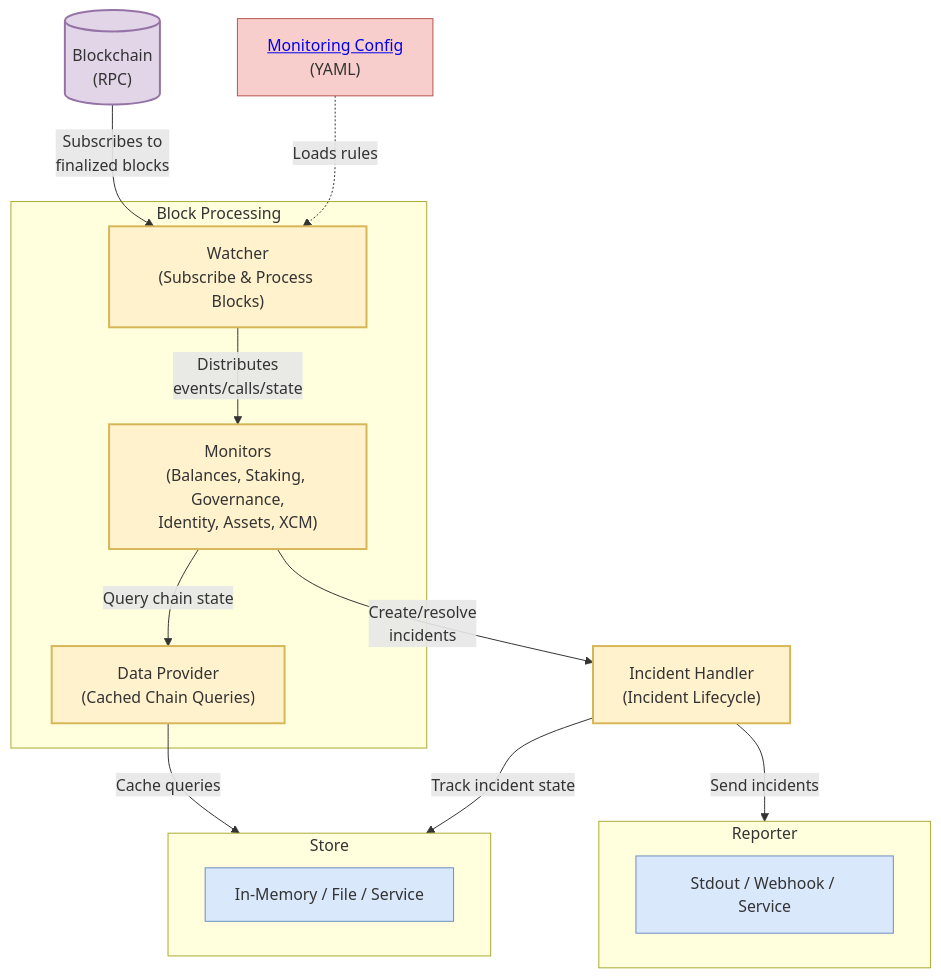
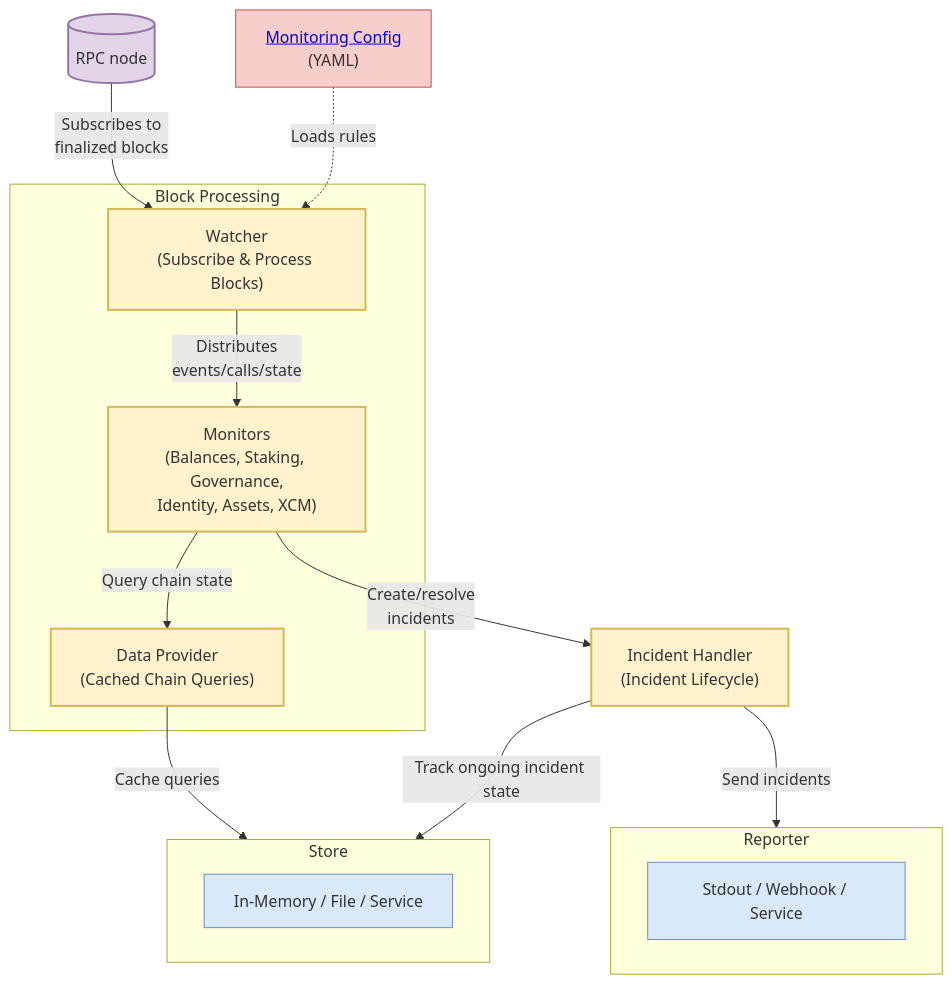
One commit to w3f/polguard changed the diagram in packages/chain/README.md. Above: the diagram before and after it, drawn with Mermaid. The commit also changed other lines of this file and 19 other files, not shown here.

````diff
--- a/packages/chain/README.md
+++ b/packages/chain/README.md
@@ -16,41 +16,41 @@
 ```mermaid
 graph TB
     %% External
-    Blockchain[("Blockchain<br>(RPC)")]:::blockchain
+    Blockchain[("RPC node")]:::blockchain
     Config["<a href='https://github.com/w3f/monitoring-platform/blob/master/packages/config/CONFIG_GUIDE.md'>Monitoring Config</a><br>(YAML)"]:::config
     
     %% Core Processing
     subgraph Processing ["Block Processing"]
         Watcher["Watcher<br>(Subscribe & Process Blocks)"]:::component
         DataProvider["Data Provider<br>(Cached Chain Queries)"]:::component
         Monitors["Monitors<br>(Balances, Staking, Governance,<br>Identity, Assets, XCM)"]:::component
     end
     
     %% Incident Management
     IncidentHandler["Incident Handler<br>(Incident Lifecycle)"]:::component
     
     %% Abstractions
     subgraph Store ["Store"]
         StoreImpl["In-Memory / File / Service"]:::impl
     end
     
     subgraph Reporter ["Reporter"]
         ReporterImpl["Stdout / Webhook / Service"]:::impl
     end
     
     %% Connections
     Blockchain -->|"Subscribes to<br>finalized blocks"| Watcher
     Config -.->|"Loads rules"| Watcher
     Watcher -->|"Distributes<br>events/calls/state"| Monitors
     Monitors -->|"Query chain state"| DataProvider
     DataProvider -->|"Cache queries"| Store
     Monitors -->|"Create/resolve<br>incidents"| IncidentHandler
-    IncidentHandler -->|"Track incident state"| Store
+    IncidentHandler -->|"Track ongoing incident state"| Store
     IncidentHandler -->|"Send incidents"| Reporter
     
     %% Styling
     classDef blockchain fill:#E1D5E7,stroke:#9673A6,stroke-width:2px
     classDef component fill:#FFF2CC,stroke:#D6B656,stroke-width:2px
     classDef impl fill:#DAE8FC,stroke:#6C8EBF,stroke-width:1px
     classDef config fill:#F8CECC,stroke:#B85450,stroke-width:1px
 ```
````
